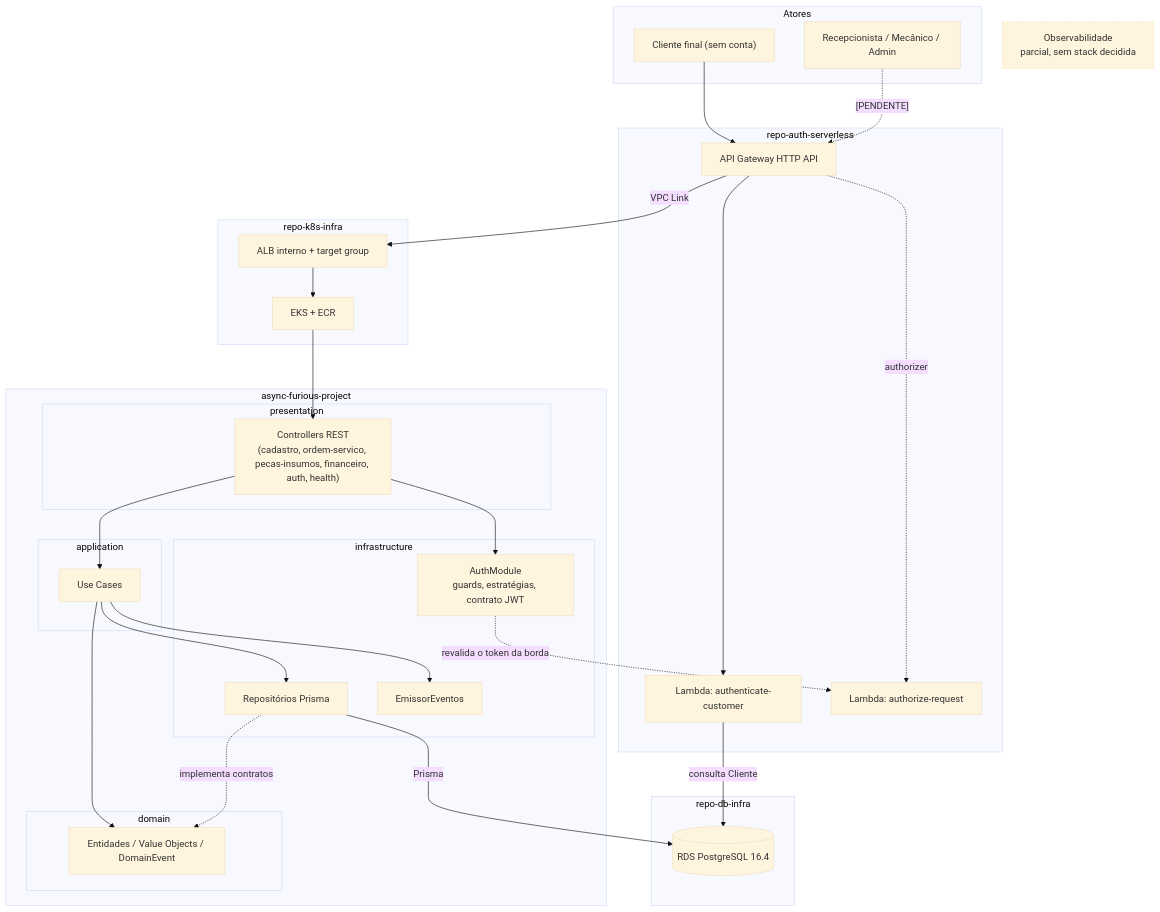
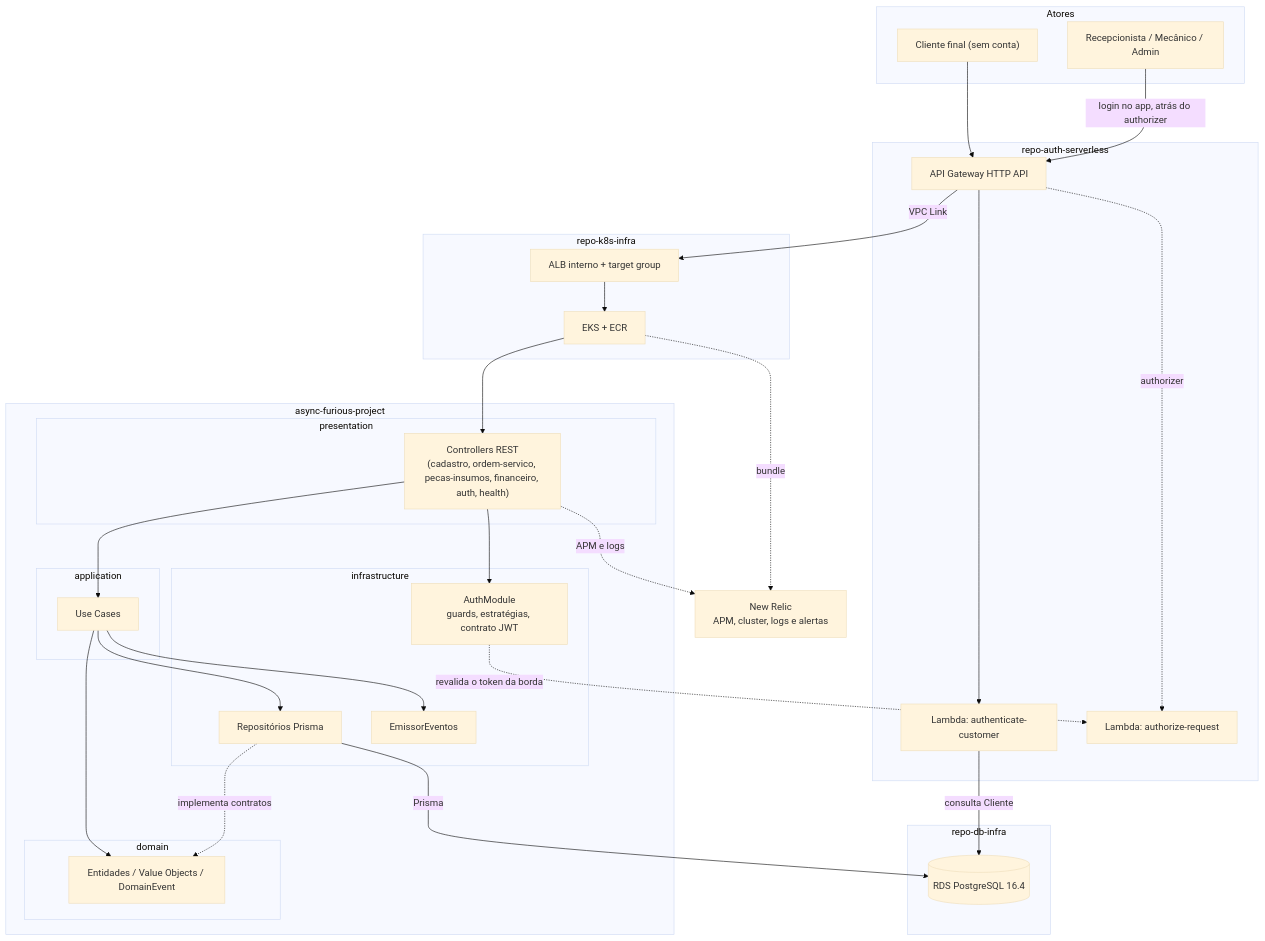
One commit to Async-And-Furious/async-furious-project changed the diagram in docs/architecture/component-diagram.md. Above: the diagram before and after it, drawn with Mermaid (base theme). The commit also changed other lines of this file and 10 other files, not shown here.

````diff
--- a/docs/architecture/component-diagram.md
+++ b/docs/architecture/component-diagram.md
@@ -6,58 +6,59 @@
 ```mermaid
 flowchart TB
     subgraph Atores
         userAdmin["Recepcionista / Mecânico / Admin"]
         userCustomer["Cliente final (sem conta)"]
     end
 
     subgraph RepoAuth["repo-auth-serverless"]
         gateway["API Gateway HTTP API"]
         lambdaAuth["Lambda: authenticate-customer"]
         lambdaAuthz["Lambda: authorize-request"]
     end
 
     subgraph RepoApp["async-furious-project"]
         subgraph Presentation["presentation"]
             controllers["Controllers REST<br/>(cadastro, ordem-servico, pecas-insumos, financeiro, auth, health)"]
         end
         subgraph Application["application"]
             usecases["Use Cases"]
         end
         subgraph Domain["domain"]
             entities["Entidades / Value Objects / DomainEvent"]
         end
         subgraph Infrastructure["infrastructure"]
             repos["Repositórios Prisma"]
             eventEmitter["EmissorEventos"]
             authLocal["AuthModule<br/>guards, estratégias, contrato JWT"]
         end
         controllers --> usecases --> entities
         repos -.implementa contratos.-> entities
         usecases --> repos
         usecases --> eventEmitter
         controllers --> authLocal
     end
 
     subgraph RepoDb["repo-db-infra"]
         rds[("RDS PostgreSQL 16.4")]
     end
 
     subgraph RepoK8s["repo-k8s-infra"]
         alb["ALB interno + target group"]
         eks["EKS + ECR"]
     end
 
-    obs["Observabilidade<br/>parcial, sem stack decidida"]
+    obs["New Relic<br/>APM, cluster, logs e alertas"]
 
     userCustomer --> gateway
-    userAdmin -.->|"[PENDENTE]"| gateway
+    userAdmin -->|"login no app, atrás do authorizer"| gateway
     gateway --> lambdaAuth
     gateway -. authorizer .-> lambdaAuthz
     gateway -->|VPC Link| alb --> eks
     eks --> controllers
     repos -->|Prisma| rds
     lambdaAuth -->|consulta Cliente| rds
     authLocal -.revalida o token da borda.-> lambdaAuthz
 
-    style obs stroke-dasharray: 4 4
+    controllers -.APM e logs.-> obs
+    eks -.bundle.-> obs
 ```
````
